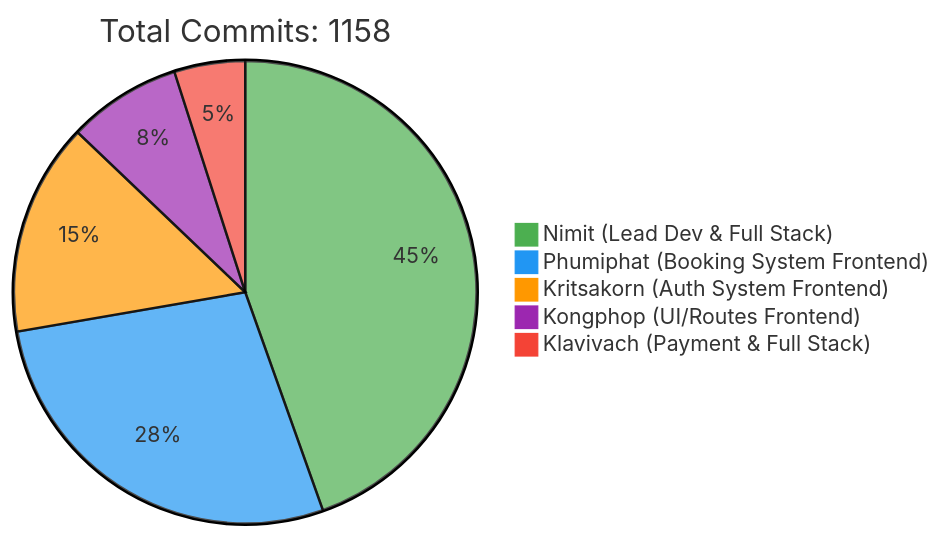
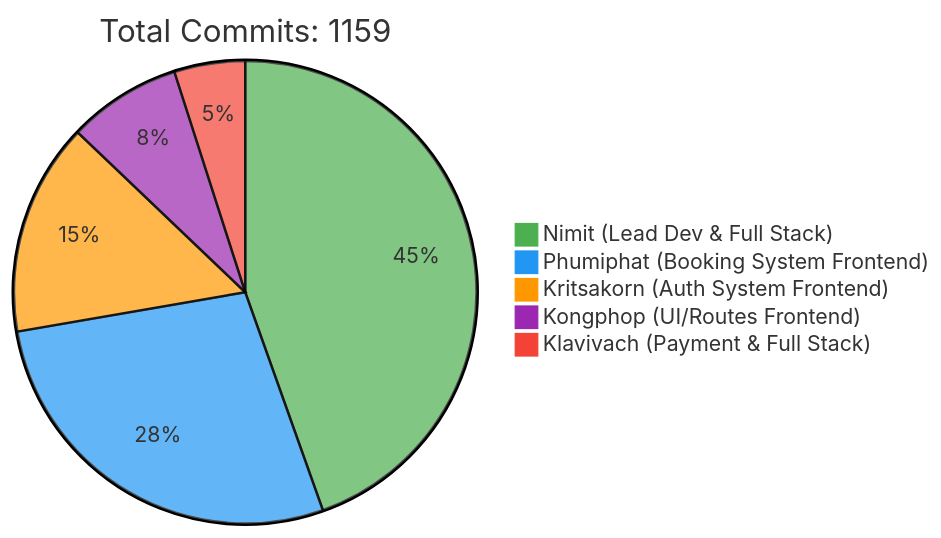
One commit to 6531503042/Sport-Complex changed the first of 2 diagrams in README.md. Above: the diagram before and after it, drawn with Mermaid. The commit also changed other lines of this file, not shown here.

Commit message:
docs: Update contributor statistics [skip ci]

````diff
--- a/README.md
+++ b/README.md
@@ -257,10 +257,10 @@
 ```mermaid
 %%{init: {'theme': 'base', 'themeVariables': { 'pie1': '#4CAF50', 'pie2': '#2196F3', 'pie3': '#FF9800', 'pie4': '#9C27B0', 'pie5': '#F44336'}}}%%
 pie
-    title Total Commits: 1158
+    title Total Commits: 1159
     "Nimit (Lead Dev & Full Stack)" : 450
     "Phumiphat (Booking System Frontend)" : 280
     "Kritsakorn (Auth System Frontend)" : 150
     "Kongphop (UI/Routes Frontend)" : 80
     "Klavivach (Payment & Full Stack)" : 50
 ```
````
